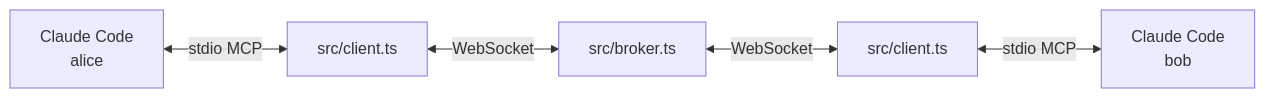
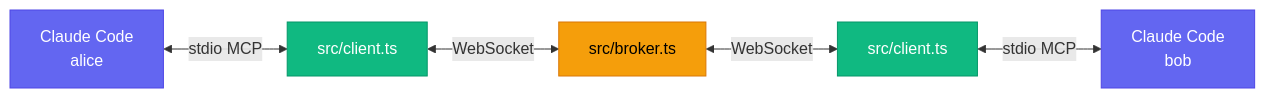
Before and after one commit to vikrantjain/claude-code-chat: the diagram in README.md, drawn with Mermaid.

Commit message:
improved the architecture diagram

````diff
--- a/README.md
+++ b/README.md
@@ -17,7 +17,13 @@
 ```mermaid
 graph LR
     A[Claude Code<br>alice] <-->|stdio MCP| CA[src/client.ts]
     CA <-->|WebSocket| B[src/broker.ts]
     B <-->|WebSocket| CB[src/client.ts]
     CB <-->|stdio MCP| C[Claude Code<br>bob]
+
+    style A fill:#6366f1,stroke:#4f46e5,color:#fff
+    style C fill:#6366f1,stroke:#4f46e5,color:#fff
+    style CA fill:#10b981,stroke:#059669,color:#fff
+    style CB fill:#10b981,stroke:#059669,color:#fff
+    style B fill:#f59e0b,stroke:#d97706,color:#000
 ```
````
